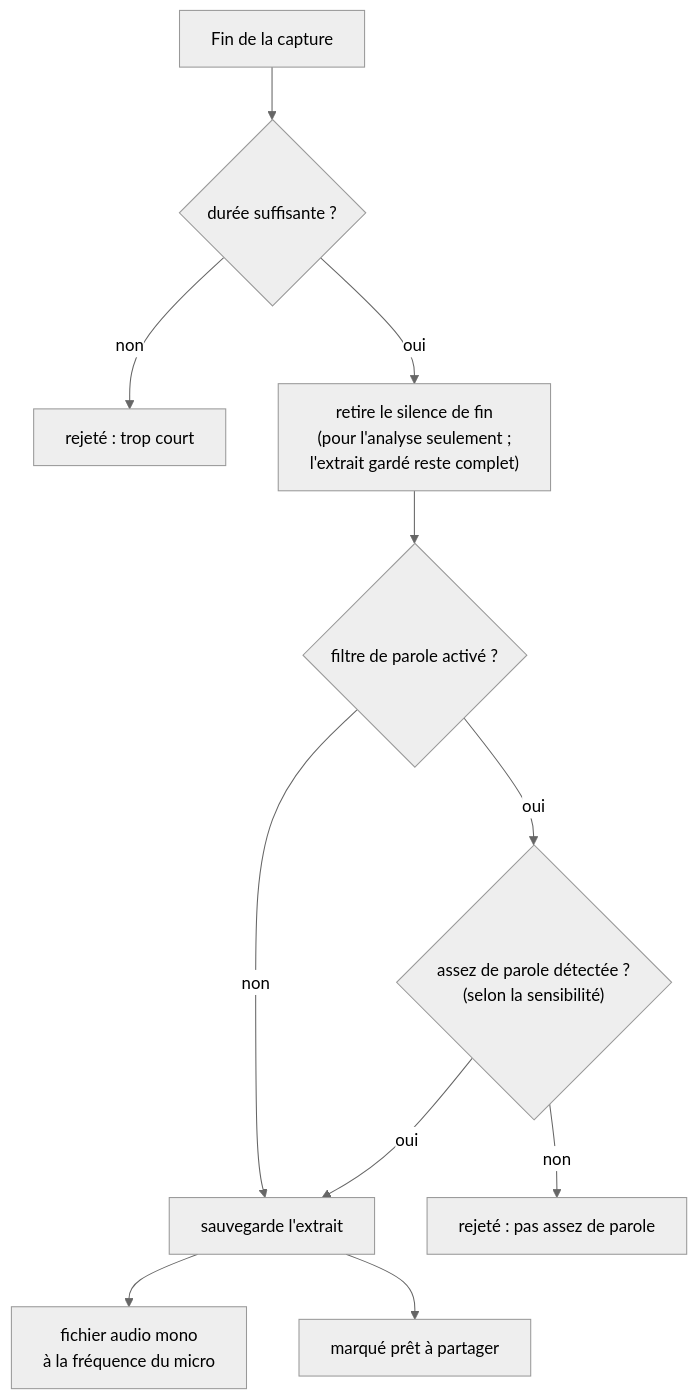
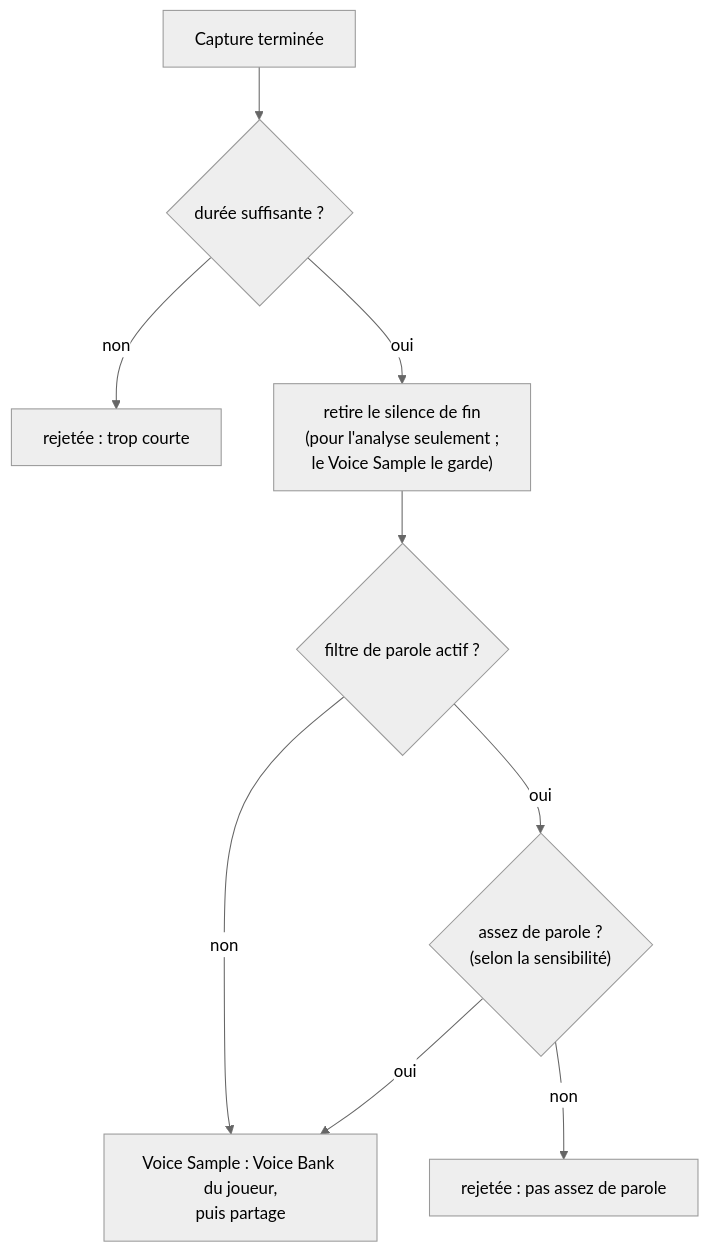
One commit to ahumadab/VepMod changed the third of 6 diagrams in docs/voice-mimic-pipeline.md. Above: the diagram before and after it, drawn with Mermaid (neutral theme). The commit also changed other lines of this file and 6 other files, not shown here.

````diff
--- a/docs/voice-mimic-pipeline.md
+++ b/docs/voice-mimic-pipeline.md
@@ -137,13 +78,11 @@
 ```mermaid
 flowchart TD
-    fin["Fin de la capture"] --> dur{"durée suffisante ?"}
-    dur -->|non| drop1["rejeté : trop court"]
-    dur -->|oui| trim["retire le silence de fin<br/>(pour l'analyse seulement ;<br/>l'extrait gardé reste complet)"]
-    trim --> vaden{"filtre de parole activé ?"}
+    fin["Capture terminée"] --> dur{"durée suffisante ?"}
+    dur -->|non| drop1["rejetée : trop courte"]
+    dur -->|oui| trim["retire le silence de fin<br/>(pour l'analyse seulement ;<br/>le Voice Sample le garde)"]
+    trim --> vaden{"filtre de parole actif ?"}
     vaden -->|non| save
-    vaden -->|oui| vad{"assez de parole détectée ?<br/>(selon la sensibilité)"}
-    vad -->|non| drop2["rejeté : pas assez de parole"]
-    vad -->|oui| save["sauvegarde l'extrait"]
-    save --> wav["fichier audio mono<br/>à la fréquence du micro"]
-    save --> flag["marqué prêt à partager"]
+    vaden -->|oui| vad{"assez de parole ?<br/>(selon la sensibilité)"}
+    vad -->|non| drop2["rejetée : pas assez de parole"]
+    vad -->|oui| save["Voice Sample : Voice Bank du joueur,<br/>puis partage"]
 ```
````
